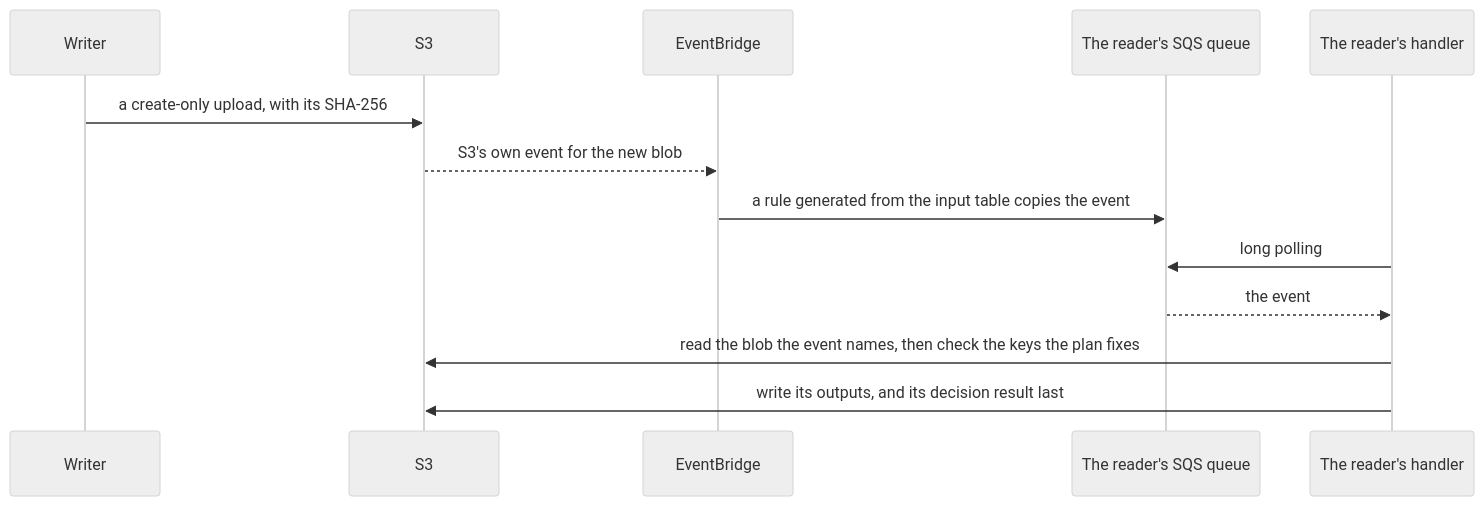
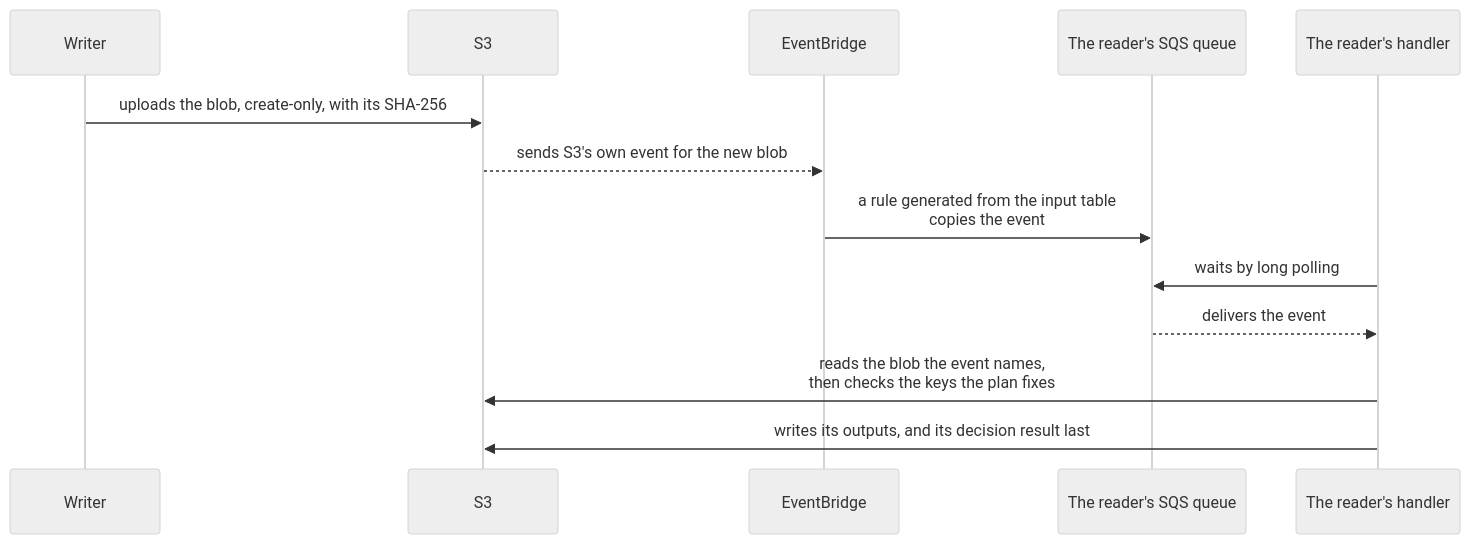
Before and after one commit to l3a0/ithildin-runtime: diagram 15 of 35 in docs/architecture.md, drawn with Mermaid (neutral theme). The commit also changed other lines of this file and 2 other files, not shown here.

First line of the commit message:
docs: restyle the words in the Mermaid diagrams

````diff
--- a/docs/architecture.md
+++ b/docs/architecture.md
@@ -835,15 +835,15 @@
 ```mermaid
 sequenceDiagram
     participant W as Writer
     participant S as S3
     participant E as EventBridge
     participant Q as The reader's SQS queue
     participant H as The reader's handler
-    W->>S: a create-only upload, with its SHA-256
-    S-->>E: S3's own event for the new blob
-    E->>Q: a rule generated from the input table copies the event
-    H->>Q: long polling
-    Q-->>H: the event
-    H->>S: read the blob the event names, then check the keys the plan fixes
-    H->>S: write its outputs, and its decision result last
+    W->>S: uploads the blob, create-only, with its SHA-256
+    S-->>E: sends S3's own event for the new blob
+    E->>Q: a rule generated from the input table<br/>copies the event
+    H->>Q: waits by long polling
+    Q-->>H: delivers the event
+    H->>S: reads the blob the event names,<br/>then checks the keys the plan fixes
+    H->>S: writes its outputs, and its decision result last
 ```
````
